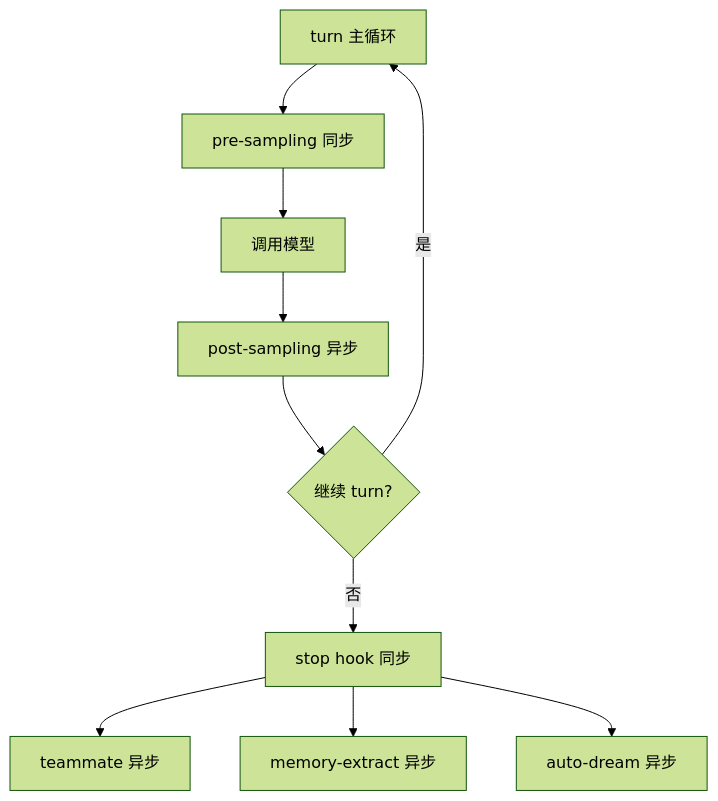
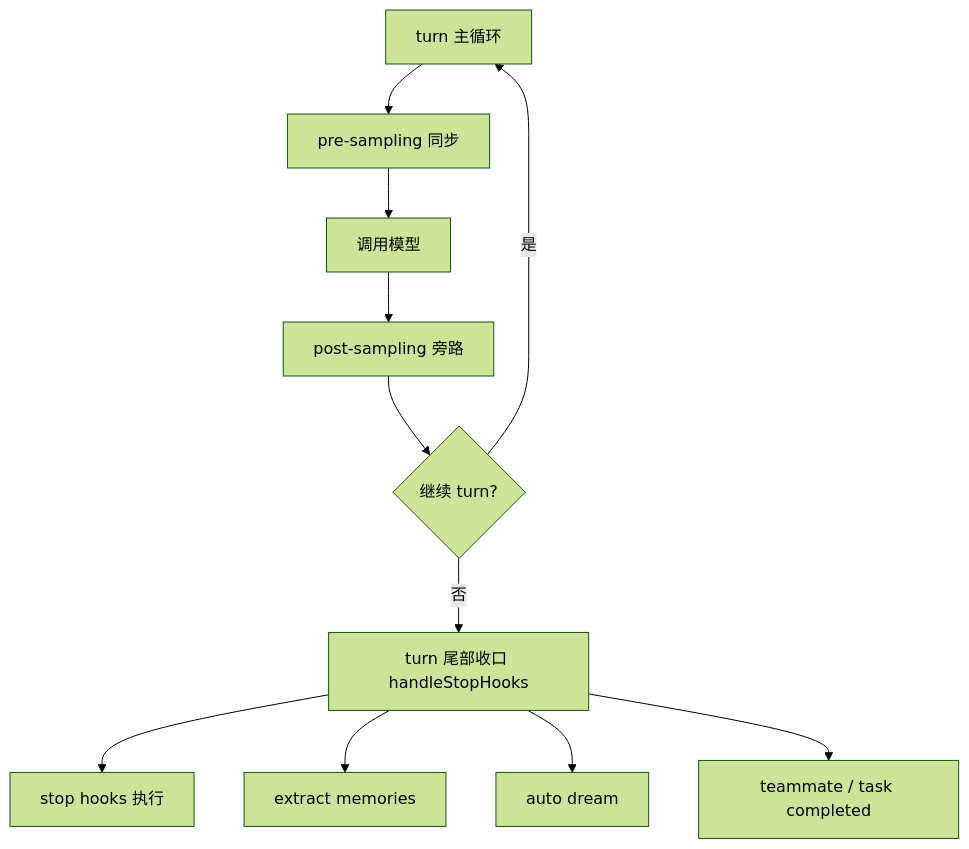
The diagram in claude-code-architecture/15-hooks-and-side-channels-deep-dive.md (betaHi/betaHi.github.io), drawn with Mermaid (forest theme) before and after one commit. The commit also changed 2 other files, not shown here.

Commit message:
Align ch 05, 15, 24 diagrams with chapter source
- Ch 05: replace generic 挂载点 taxonomy with the 5 categories named in the
  chapter prose (MCP / LSP / skills / plugins / bridge-or-remote).
- Ch 15: the turn epilogue is handleStopHooks, which owns stop-hooks plus
  extract-memories, auto-dream and teammate/task-completed. Reorganize so
  they read as siblings under the epilogue, not descendants of stop-hook
  execution.
- Ch 24: compact boundary is the central structure; snip / microcompact /
  contextCollapse / autocompact are alternative cleaning mechanisms that
  all feed into getMessagesAfterCompactBoundary, not a linear pipeline.

````diff
--- a/claude-code-architecture/15-hooks-and-side-channels-deep-dive.md
+++ b/claude-code-architecture/15-hooks-and-side-channels-deep-dive.md
@@ -21,12 +21,13 @@
 ```mermaid
 flowchart TD
   A[turn 主循环] --> B[pre-sampling 同步]
   B --> C[调用模型]
-  C --> D[post-sampling 异步]
+  C --> D[post-sampling 旁路]
   D --> E{继续 turn?}
   E -- 是 --> A
-  E -- 否 --> F[stop hook 同步]
-  F --> G[teammate 异步]
-  F --> H[memory-extract 异步]
-  F --> I[auto-dream 异步]
+  E -- 否 --> F[turn 尾部收口 handleStopHooks]
+  F --> F1[stop hooks 执行]
+  F --> F2[extract memories]
+  F --> F3[auto dream]
+  F --> F4[teammate / task completed]
 ```
````
